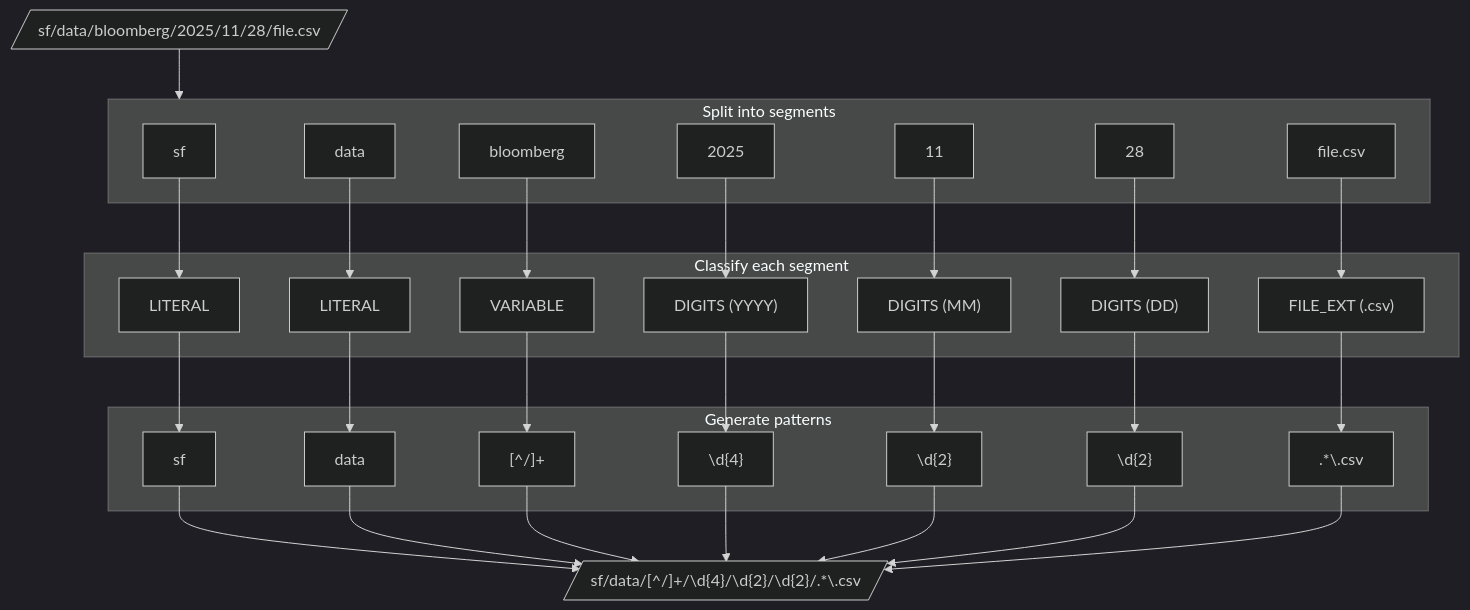
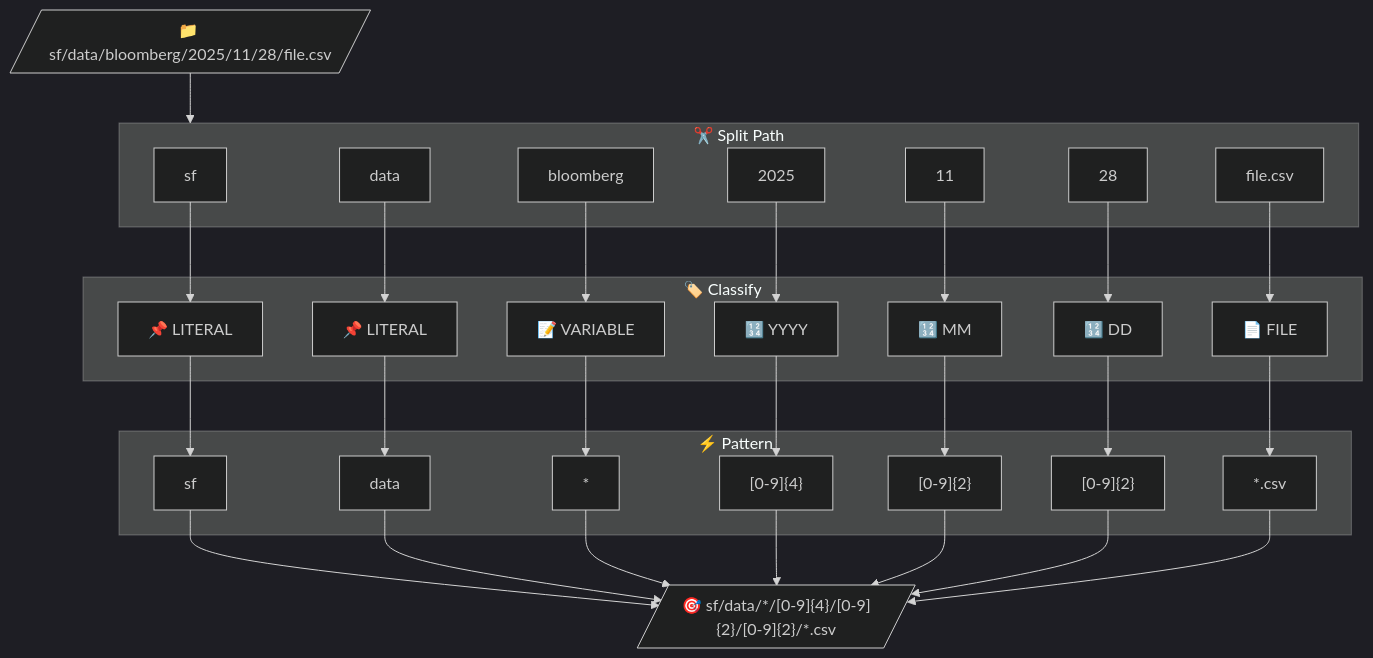
Before and after one commit to ThanuMahee12/AgentContext: the fifth of 13 diagrams in docs/brainstorms/pathseeker.md, drawn with Mermaid (dark theme). The commit also changed other lines of this file, not shown here.

Commit message:
docs: rewrite PathSeeker with visual brainstorm diagrams

````diff
--- a/docs/brainstorms/pathseeker.md
+++ b/docs/brainstorms/pathseeker.md
@@ -156,46 +79,46 @@
 ```mermaid
 flowchart TD
-    INPUT[/"sf/data/bloomberg/2025/11/28/file.csv"/]
+    INPUT[/"📁 sf/data/bloomberg/2025/11/28/file.csv"/]
 
-    subgraph Segmentation["Split into segments"]
-        S1[sf]
-        S2[data]
-        S3[bloomberg]
-        S4[2025]
-        S5[11]
-        S6[28]
-        S7[file.csv]
+    subgraph Split["✂️ Split Path"]
+        S1["sf"]
+        S2["data"]
+        S3["bloomberg"]
+        S4["2025"]
+        S5["11"]
+        S6["28"]
+        S7["file.csv"]
     end
 
-    subgraph Classification["Classify each segment"]
-        C1["LITERAL"]
-        C2["LITERAL"]
-        C3["VARIABLE"]
-        C4["DIGITS (YYYY)"]
-        C5["DIGITS (MM)"]
-        C6["DIGITS (DD)"]
-        C7["FILE_EXT (.csv)"]
+    subgraph Classify["🏷️ Classify"]
+        C1["📌 LITERAL"]
+        C2["📌 LITERAL"]
+        C3["📝 VARIABLE"]
+        C4["🔢 YYYY"]
+        C5["🔢 MM"]
+        C6["🔢 DD"]
+        C7["📄 FILE"]
     end
 
-    subgraph PatternGen["Generate patterns"]
+    subgraph Pattern["⚡ Pattern"]
         P1["sf"]
         P2["data"]
-        P3["[^/]+"]
-        P4["\d{4}"]
-        P5["\d{2}"]
-        P6["\d{2}"]
-        P7[".*\.csv"]
+        P3["*"]
+        P4["[0-9]{4}"]
+        P5["[0-9]{2}"]
+        P6["[0-9]{2}"]
+        P7["*.csv"]
     end
 
-    INPUT --> Segmentation
+    INPUT --> Split
     S1 --> C1 --> P1
     S2 --> C2 --> P2
     S3 --> C3 --> P3
     S4 --> C4 --> P4
     S5 --> C5 --> P5
     S6 --> C6 --> P6
     S7 --> C7 --> P7
 
-    OUTPUT[/"sf/data/[^/]+/\d{4}/\d{2}/\d{2}/.*\.csv"/]
+    OUTPUT[/"🎯 sf/data/*/[0-9]{4}/[0-9]{2}/[0-9]{2}/*.csv"/]
     P1 & P2 & P3 & P4 & P5 & P6 & P7 --> OUTPUT
 ```
````
